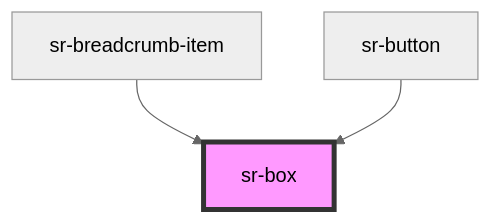
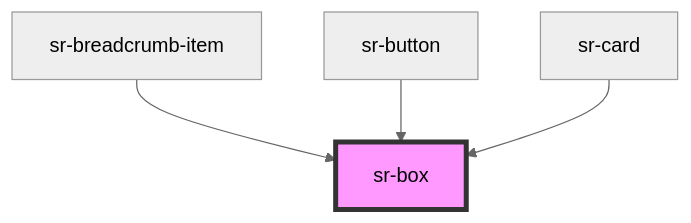
The diagram in src/components/primitives/sr-box/readme.md (tonyblu331/spotify-replay-design-system), drawn with Mermaid (neutral theme) before and after one commit. The commit also changed other lines of this file and 5 other files, not shown here.

````diff
--- a/src/components/primitives/sr-box/readme.md
+++ b/src/components/primitives/sr-box/readme.md
@@ -61,6 +62,7 @@
 ```mermaid
 graph TD;
   sr-breadcrumb-item --> sr-box
   sr-button --> sr-box
+  sr-card --> sr-box
   style sr-box fill:#f9f,stroke:#333,stroke-width:4px
 ```
````
